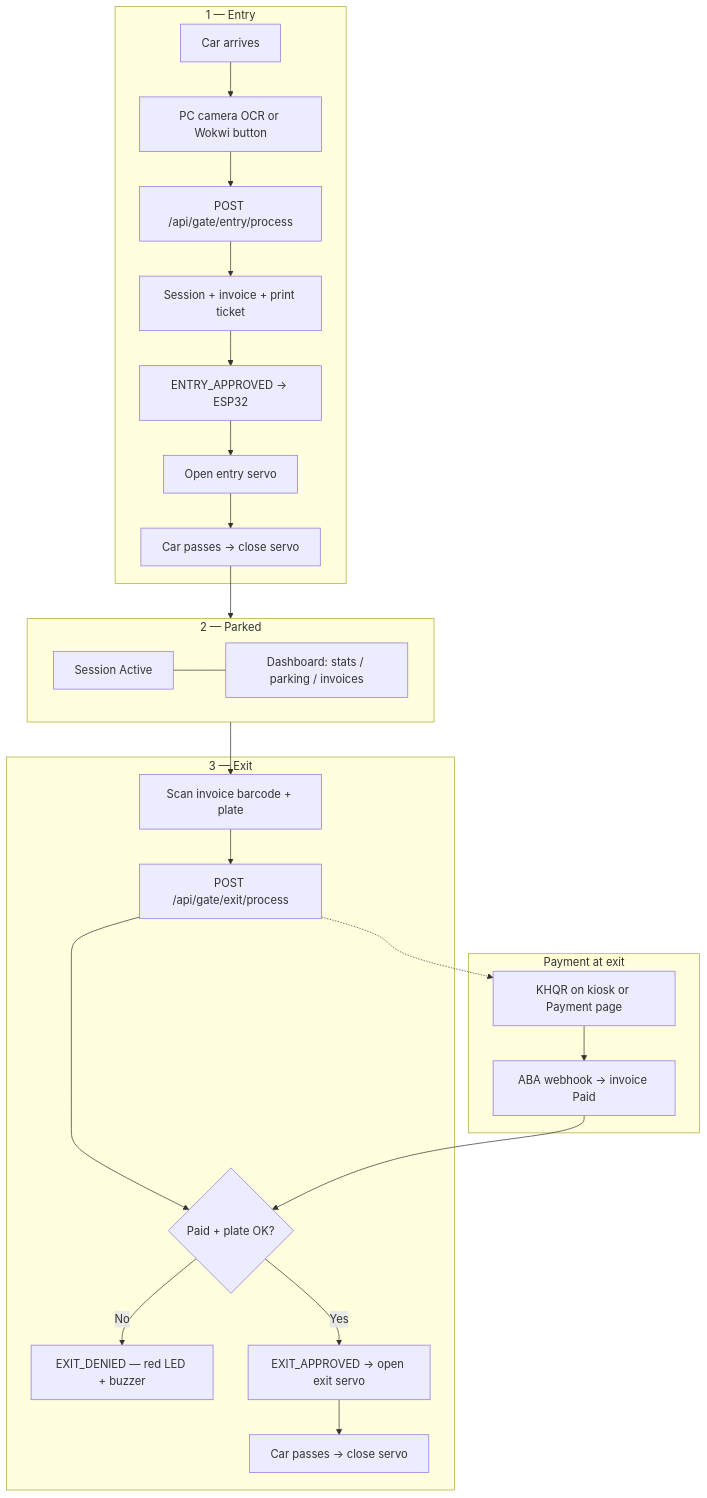
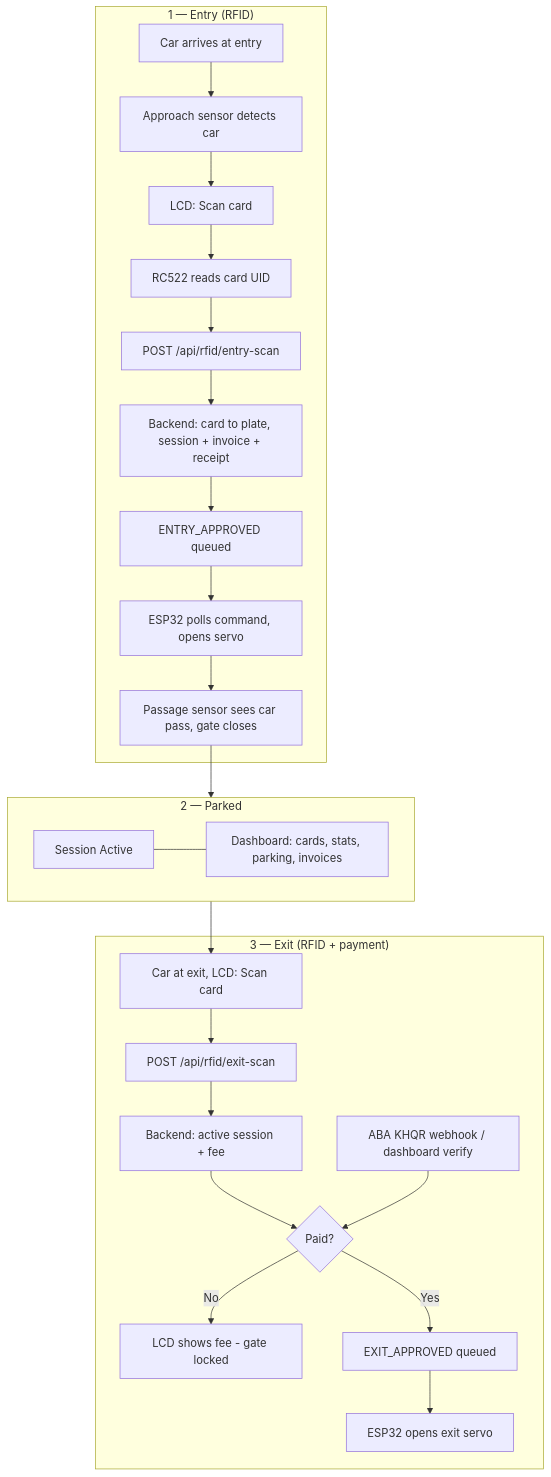
The first of 4 diagrams in README.md (Kimheang-code-IT/IOT-Parking-system), drawn with Mermaid before and after one commit. The commit also changed other lines of this file and 125 other files, not shown here.

First line of the commit message:
Add RFID gate stack, PostgreSQL Docker infrastructure, and tests

````diff
--- a/README.md
+++ b/README.md
@@ -306,36 +126,32 @@
 ```mermaid
 flowchart TB
-    subgraph Entry["1 — Entry"]
-        E1[Car arrives] --> E2[PC camera OCR or Wokwi button]
-        E2 --> E3[POST /api/gate/entry/process]
-        E3 --> E4[Session + invoice + print ticket]
-        E4 --> E5[ENTRY_APPROVED → ESP32]
-        E5 --> E6[Open entry servo]
-        E6 --> E7[Car passes → close servo]
+    subgraph Entry["1 — Entry (RFID)"]
+        E1[Car arrives at entry] --> E2[Approach sensor detects car]
+        E2 --> E3[LCD: Scan card]
+        E3 --> E4[RC522 reads card UID]
+        E4 --> E5[POST /api/rfid/entry-scan]
+        E5 --> E6[Backend: card to plate, session + invoice + receipt]
+        E6 --> E7[ENTRY_APPROVED queued]
+        E7 --> E8[ESP32 polls command, opens servo]
+        E8 --> E9[Passage sensor sees car pass, gate closes]
     end
 
     subgraph Park["2 — Parked"]
         P1[Session Active]
-        P2[Dashboard: stats / parking / invoices]
+        P2[Dashboard: cards, stats, parking, invoices]
         P1 --- P2
     end
 
-    subgraph Exit["3 — Exit"]
-        X1[Scan invoice barcode + plate] --> X2[POST /api/gate/exit/process]
-        X2 --> X3{Paid + plate OK?}
-        X3 -->|No| X4[EXIT_DENIED — red LED + buzzer]
-        X3 -->|Yes| X5[EXIT_APPROVED → open exit servo]
-        X5 --> X6[Car passes → close servo]
+    subgraph Exit["3 — Exit (RFID + payment)"]
+        X1[Car at exit, LCD: Scan card] --> X2[POST /api/rfid/exit-scan]
+        X2 --> X3[Backend: active session + fee]
+        X3 --> X4{Paid?}
+        X4 -->|No| X5[LCD shows fee - gate locked]
+        X6[ABA KHQR webhook / dashboard verify] --> X4
+        X4 -->|Yes| X7[EXIT_APPROVED queued]
+        X7 --> X8[ESP32 opens exit servo]
     end
 
-    subgraph Pay["Payment at exit"]
-        Y1[KHQR on kiosk or Payment page]
-        Y2[ABA webhook → invoice Paid]
-        Y1 --> Y2
-        Y2 --> X3
-    end
-
-    E7 --> Park
+    E9 --> Park
     Park --> X1
-    X2 -.-> Y1
 ```
````
